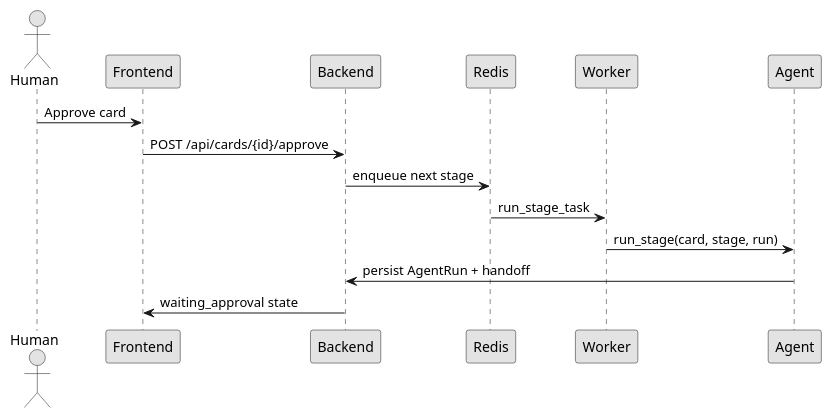
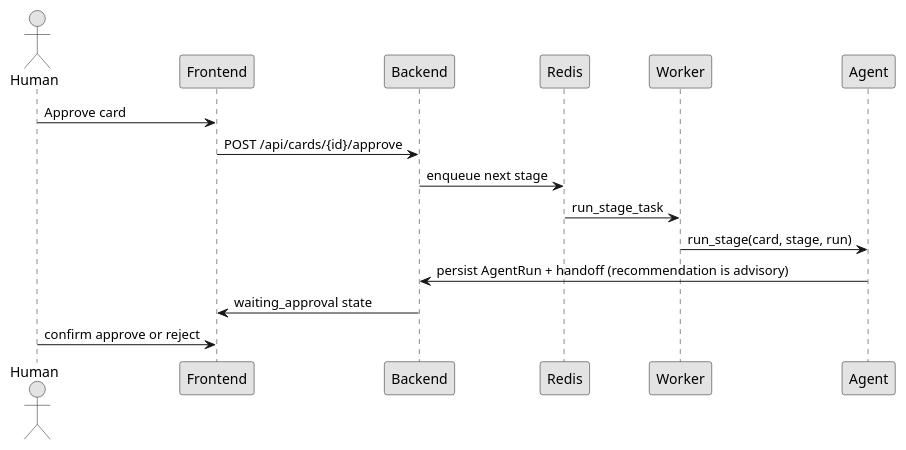
One commit to YanChao1999/Norns changed the second of 2 diagrams in README.md. Above: the diagram before and after it, drawn with PlantUML. The commit also changed other lines of this file and 21 other files, not shown here.

First line of the commit message:
Add Machine line editing and keep AI approve/reject as a human-confirmed recommendation.

````diff
--- a/README.md
+++ b/README.md
@@ -34,19 +35,20 @@
 ```plantuml
 @startuml
 skinparam monochrome true
 actor Human
 participant Frontend
 participant Backend
 participant Redis
 participant Worker
 participant Agent
 
 Human -> Frontend : Approve card
 Frontend -> Backend : POST /api/cards/{id}/approve
 Backend -> Redis : enqueue next stage
 Redis -> Worker : run_stage_task
 Worker -> Agent : run_stage(card, stage, run)
-Agent -> Backend : persist AgentRun + handoff
+Agent -> Backend : persist AgentRun + handoff (recommendation is advisory)
 Backend -> Frontend : waiting_approval state
+Human -> Frontend : confirm approve or reject
 @enduml
 ```
````
